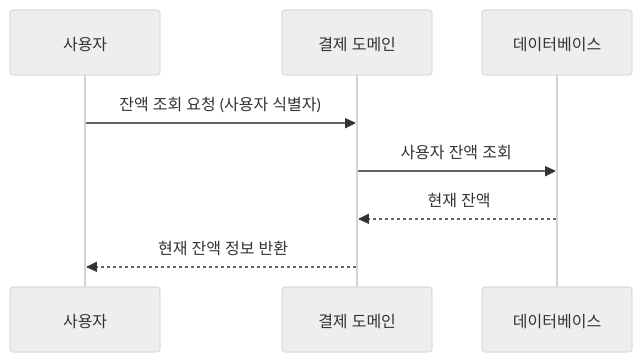
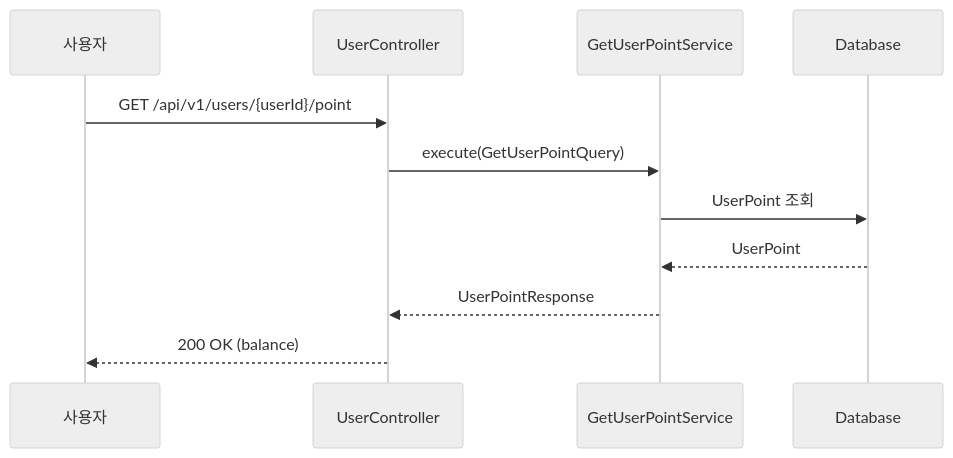
Before and after one commit to jhwon91/concert-reservation-system: the ninth of 10 diagrams in docs/02_SequenceDiagram.md, drawn with Mermaid (neutral theme). The commit also changed other lines of this file and 4 other files, not shown here.

````diff
--- a/docs/02_SequenceDiagram.md
+++ b/docs/02_SequenceDiagram.md
@@ -171,11 +219,14 @@
 ```mermaid
 sequenceDiagram
     participant Client as 사용자
-    participant PaymentDomain as 결제 도메인
-    participant Database as 데이터베이스
+    participant Controller as UserController
+    participant Service as GetUserPointService
+    participant DB as Database
 
-    Client->>PaymentDomain: 잔액 조회 요청 (사용자 식별자)
-    PaymentDomain->>Database: 사용자 잔액 조회
-    Database-->>PaymentDomain: 현재 잔액
-    PaymentDomain-->>Client: 현재 잔액 정보 반환
+    Client->>Controller: GET /api/v1/users/{userId}/point
+    Controller->>Service: execute(GetUserPointQuery)
+    Service->>DB: UserPoint 조회
+    DB-->>Service: UserPoint
+    Service-->>Controller: UserPointResponse
+    Controller-->>Client: 200 OK (balance)
 ```
````
